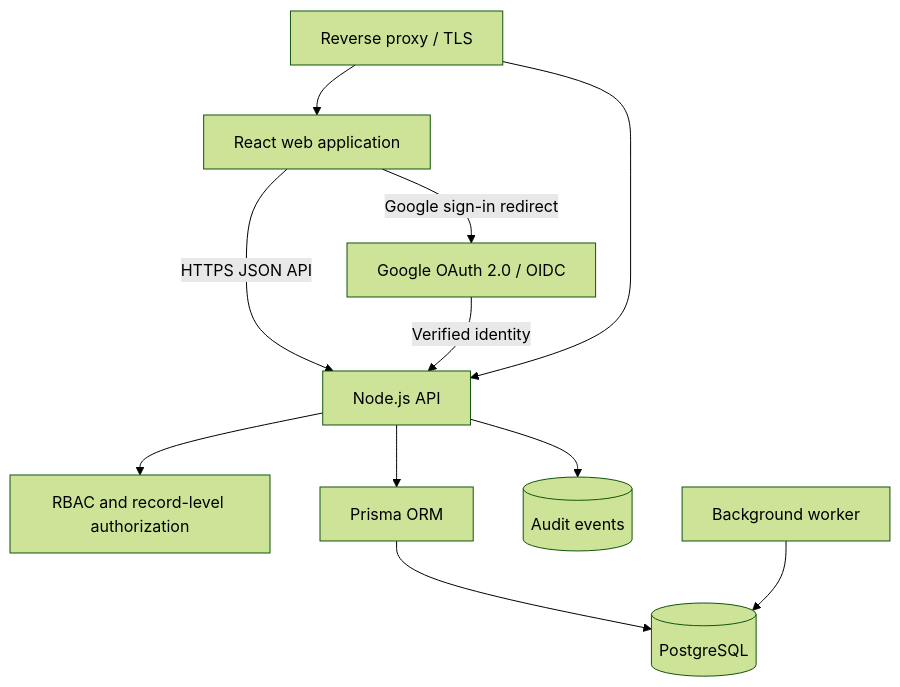
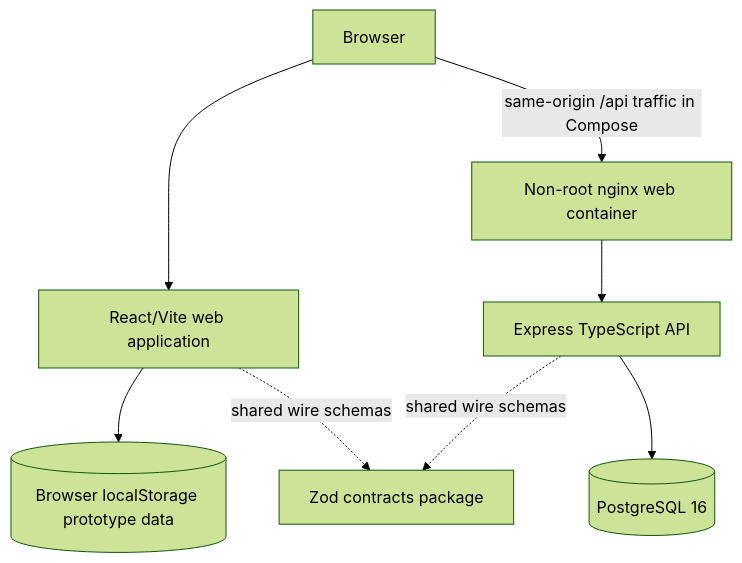
Before and after one commit to MWS-MAD-Labs/MWS-Learnspace: the diagram in README.md, drawn with Mermaid (forest theme). The commit also changed other lines of this file and 60 other files, not shown here.

````diff
--- a/README.md
+++ b/README.md
@@ -118,13 +28,10 @@
 ```mermaid
 flowchart TB
-    Browser[React web application] -->|HTTPS JSON API| API[Node.js API]
-    Browser -->|Google sign-in redirect| OAuth[Google OAuth 2.0 / OIDC]
-    OAuth -->|Verified identity| API
-    API --> AuthZ[RBAC and record-level authorization]
-    API --> Prisma[Prisma ORM]
-    Prisma --> DB[(PostgreSQL)]
-    API --> Audit[(Audit events)]
-    Worker[Background worker] --> DB
-    Proxy[Reverse proxy / TLS] --> Browser
-    Proxy --> API
+    Browser[Browser] --> Web[React/Vite web application]
+    Web --> LocalStorage[(Browser localStorage prototype data)]
+    Browser -->|same-origin /api traffic in Compose| Proxy[Non-root nginx web container]
+    Proxy --> API[Express TypeScript API]
+    API --> DB[(PostgreSQL 16)]
+    Web -. shared wire schemas .-> Contracts[Zod contracts package]
+    API -. shared wire schemas .-> Contracts
 ```
````
